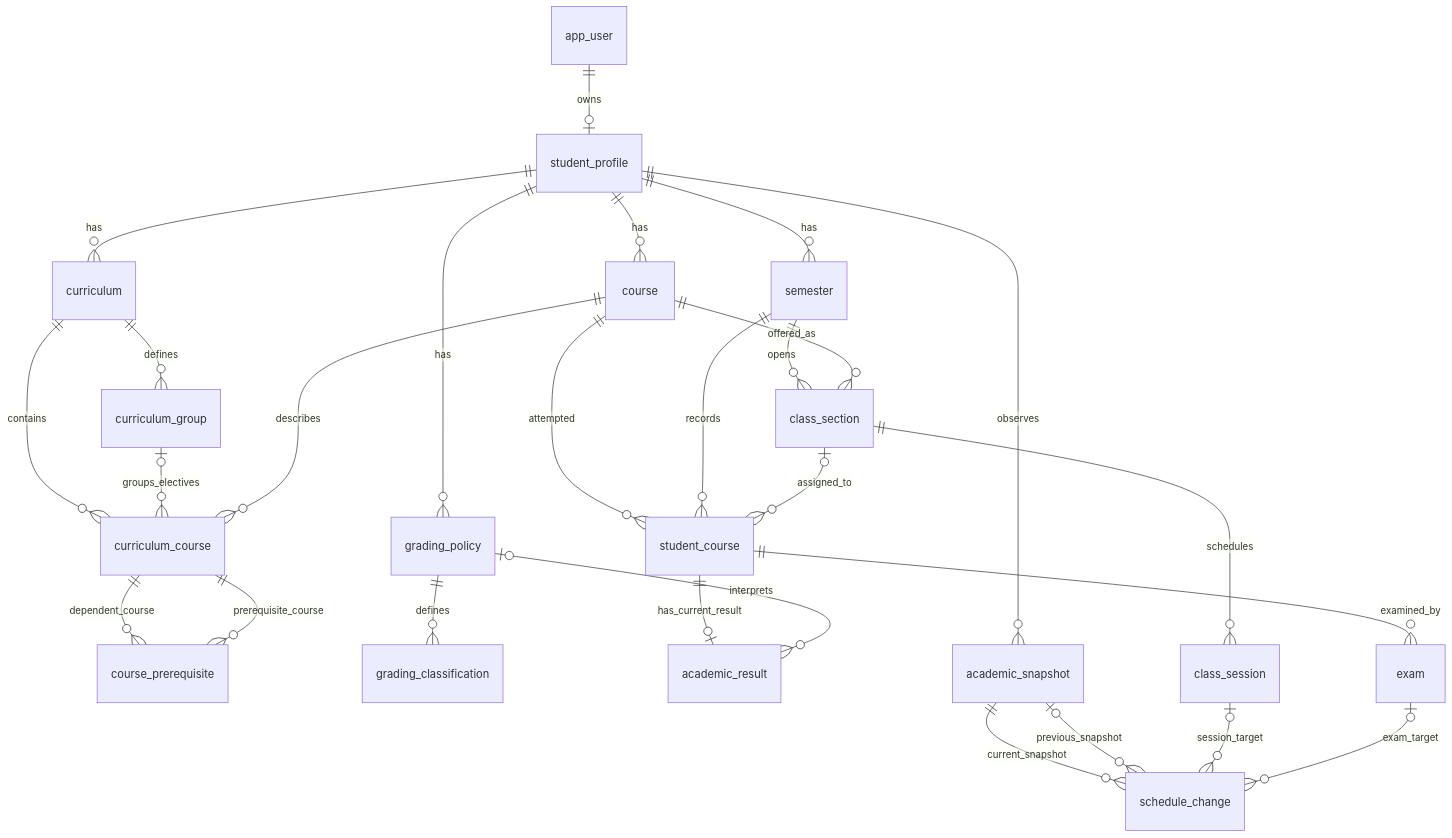
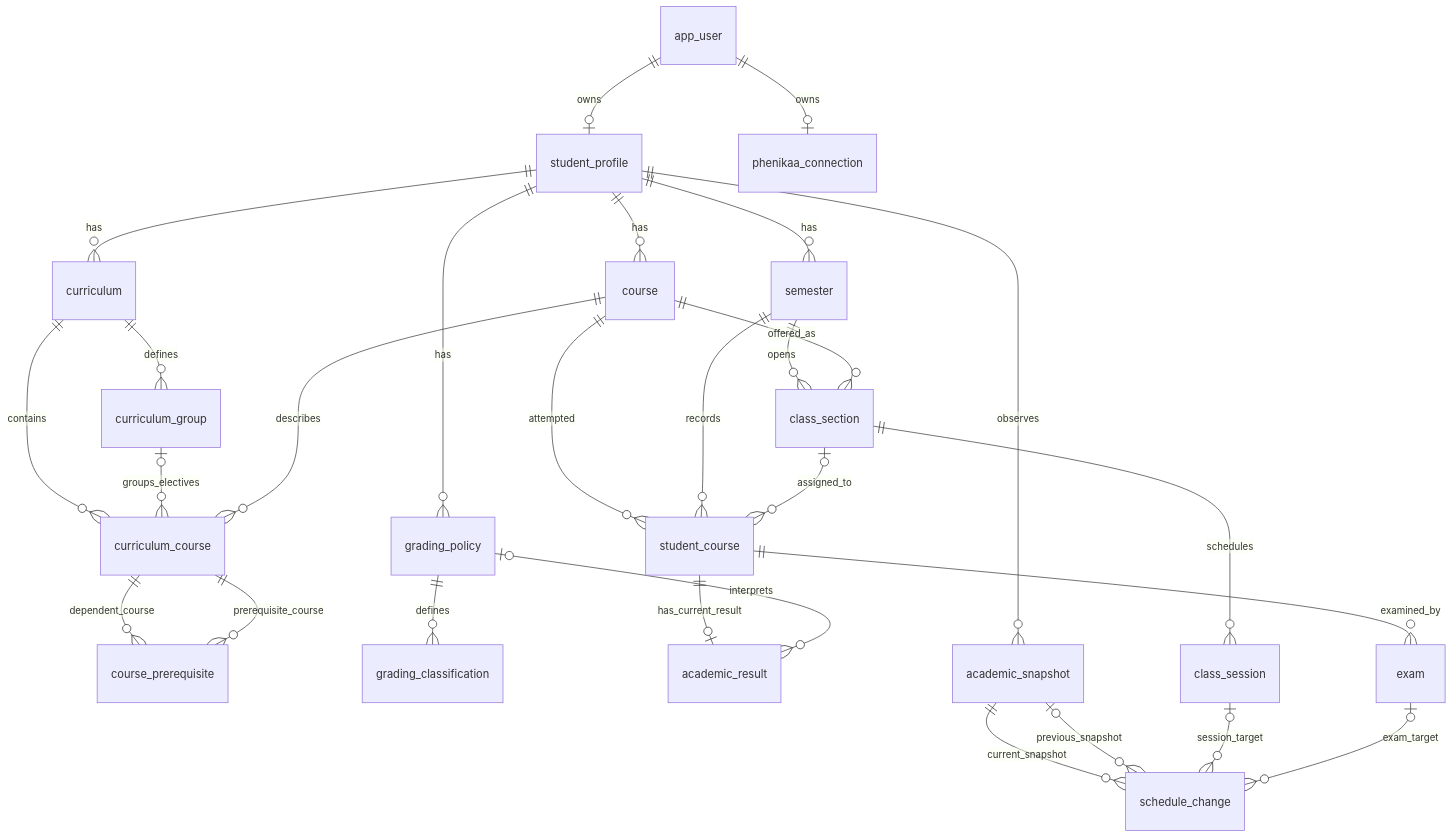
One commit to Shuuma4869/He-thong-quan-ly-hoc-vu-cho-sinh-vien changed the diagram in docs/database-model.md. Above: the diagram before and after it, drawn with Mermaid. The commit also changed other lines of this file and 3 other files, not shown here.

````diff
--- a/docs/database-model.md
+++ b/docs/database-model.md
@@ -19,29 +19,30 @@
 ```mermaid
 erDiagram
     app_user ||--o| student_profile : owns
+    app_user ||--o| phenikaa_connection : owns
     student_profile ||--o{ semester : has
     student_profile ||--o{ course : has
     student_profile ||--o{ curriculum : has
     student_profile ||--o{ grading_policy : has
     curriculum ||--o{ curriculum_group : defines
     curriculum ||--o{ curriculum_course : contains
     curriculum_group o|--o{ curriculum_course : groups_electives
     course ||--o{ curriculum_course : describes
     curriculum_course ||--o{ course_prerequisite : dependent_course
     curriculum_course ||--o{ course_prerequisite : prerequisite_course
     grading_policy ||--o{ grading_classification : defines
     semester ||--o{ class_section : opens
     course ||--o{ class_section : offered_as
     course ||--o{ student_course : attempted
     semester ||--o{ student_course : records
     class_section o|--o{ student_course : assigned_to
     student_course ||--o| academic_result : has_current_result
     grading_policy o|--o{ academic_result : interprets
     class_section ||--o{ class_session : schedules
     student_course ||--o{ exam : examined_by
     student_profile ||--o{ academic_snapshot : observes
     academic_snapshot ||--o{ schedule_change : current_snapshot
     academic_snapshot o|--o{ schedule_change : previous_snapshot
     class_session o|--o{ schedule_change : session_target
     exam o|--o{ schedule_change : exam_target
 ```
````
